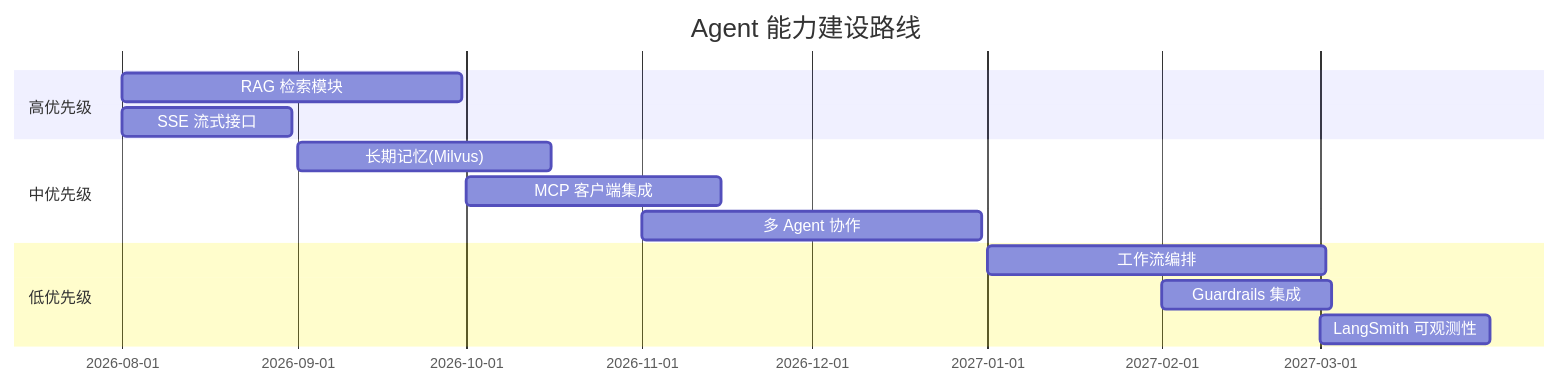
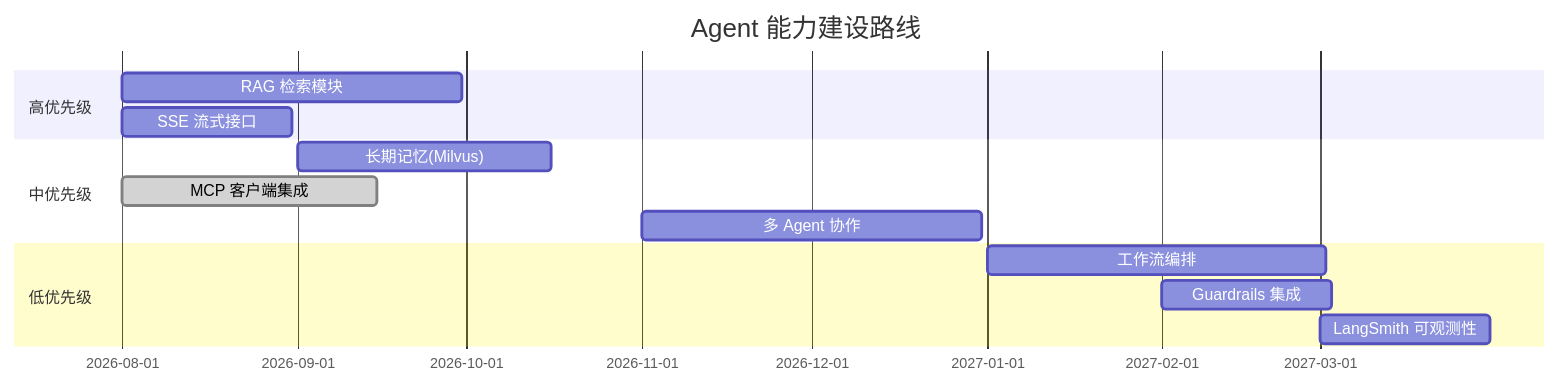
The tenth of 10 diagrams in specs/业务架构文档.md (zxchengQQ/agent_demo), drawn with Mermaid before and after one commit. The commit also changed other lines of this file and 103 other files, not shown here.

````diff
--- a/specs/业务架构文档.md
+++ b/specs/业务架构文档.md
@@ -511,16 +518,16 @@
 ```mermaid
 gantt
     title Agent 能力建设路线
     dateFormat YYYY-MM
     section 高优先级
     RAG 检索模块           :2026-08, 60d
     SSE 流式接口           :2026-08, 30d
     section 中优先级
     长期记忆(Milvus)       :2026-09, 45d
-    MCP 客户端集成         :2026-10, 45d
+    MCP 客户端集成         :done, 2026-08, 45d
     多 Agent 协作          :2026-11, 60d
     section 低优先级
     工作流编排             :2027-01, 60d
     Guardrails 集成        :2027-02, 30d
     LangSmith 可观测性     :2027-03, 30d
 ```
````
